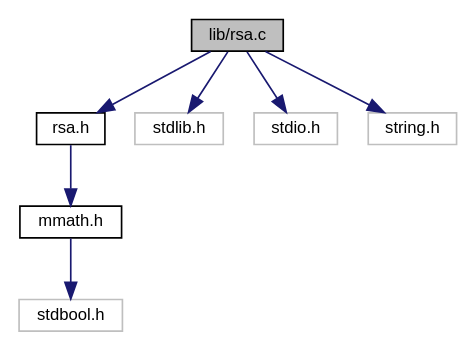
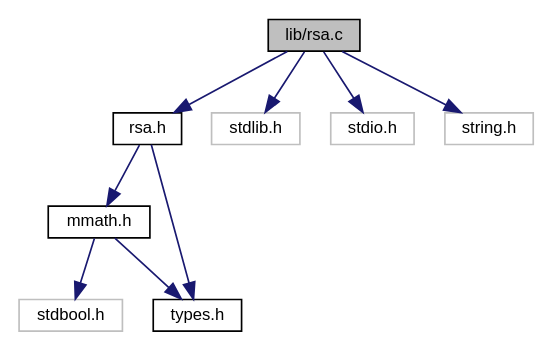
One commit to Angramme/toychain changed the diagram in docs/lib_2rsa_8c__incl.dot. Above: the diagram before and after it, drawn with Graphviz. The commit also changed 25 other files, not shown here.

```diff
--- a/docs/lib_2rsa_8c__incl.dot
+++ b/docs/lib_2rsa_8c__incl.dot
@@ -1,19 +1,22 @@
 digraph "lib/rsa.c"
 {
  // LATEX_PDF_SIZE
   edge [fontname="Helvetica",fontsize="10",labelfontname="Helvetica",labelfontsize="10"];
   node [fontname="Helvetica",fontsize="10",shape=record];
   Node1 [label="lib/rsa.c",height=0.2,width=0.4,color="black", fillcolor="grey75", style="filled", fontcolor="black",tooltip="a collection of RSA related functions"];
   Node1 -> Node2 [color="midnightblue",fontsize="10",style="solid",fontname="Helvetica"];
   Node2 [label="rsa.h",height=0.2,width=0.4,color="black", fillcolor="white", style="filled",URL="$rsa_8h_source.html",tooltip=" "];
   Node2 -> Node3 [color="midnightblue",fontsize="10",style="solid",fontname="Helvetica"];
   Node3 [label="mmath.h",height=0.2,width=0.4,color="black", fillcolor="white", style="filled",URL="$mmath_8h_source.html",tooltip=" "];
   Node3 -> Node4 [color="midnightblue",fontsize="10",style="solid",fontname="Helvetica"];
   Node4 [label="stdbool.h",height=0.2,width=0.4,color="grey75", fillcolor="white", style="filled",tooltip=" "];
-  Node1 -> Node5 [color="midnightblue",fontsize="10",style="solid",fontname="Helvetica"];
-  Node5 [label="stdlib.h",height=0.2,width=0.4,color="grey75", fillcolor="white", style="filled",tooltip=" "];
+  Node3 -> Node5 [color="midnightblue",fontsize="10",style="solid",fontname="Helvetica"];
+  Node5 [label="types.h",height=0.2,width=0.4,color="black", fillcolor="white", style="filled",URL="$types_8h_source.html",tooltip=" "];
+  Node2 -> Node5 [color="midnightblue",fontsize="10",style="solid",fontname="Helvetica"];
   Node1 -> Node6 [color="midnightblue",fontsize="10",style="solid",fontname="Helvetica"];
-  Node6 [label="stdio.h",height=0.2,width=0.4,color="grey75", fillcolor="white", style="filled",tooltip=" "];
+  Node6 [label="stdlib.h",height=0.2,width=0.4,color="grey75", fillcolor="white", style="filled",tooltip=" "];
   Node1 -> Node7 [color="midnightblue",fontsize="10",style="solid",fontname="Helvetica"];
-  Node7 [label="string.h",height=0.2,width=0.4,color="grey75", fillcolor="white", style="filled",tooltip=" "];
+  Node7 [label="stdio.h",height=0.2,width=0.4,color="grey75", fillcolor="white", style="filled",tooltip=" "];
+  Node1 -> Node8 [color="midnightblue",fontsize="10",style="solid",fontname="Helvetica"];
+  Node8 [label="string.h",height=0.2,width=0.4,color="grey75", fillcolor="white", style="filled",tooltip=" "];
 }
```
